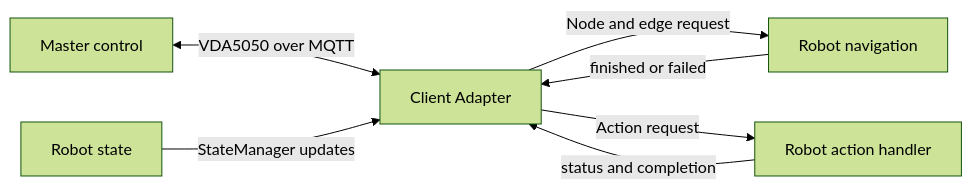
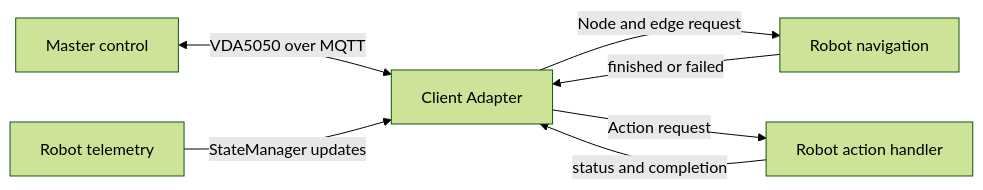
Before and after one commit to eileentyz/vda5050_core: the diagram in vda5050_core/docs/client-adapter.md, drawn with Mermaid (forest theme). The commit also changed other lines of this file and 3 other files, not shown here.

````diff
--- a/vda5050_core/docs/client-adapter.md
+++ b/vda5050_core/docs/client-adapter.md
@@ -16,9 +31,9 @@
 ```mermaid
 flowchart LR
     Master[Master control] <-->|VDA5050 over MQTT| Adapter[Client Adapter]
     Adapter -->|Node and edge request| Navigation[Robot navigation]
     Navigation -->|finished or failed| Adapter
     Adapter -->|Action request| Actions[Robot action handler]
     Actions -->|status and completion| Adapter
-    State[Robot state] -->|StateManager updates| Adapter
+    Robot[Robot telemetry] -->|StateManager updates| Adapter
 ```
````
